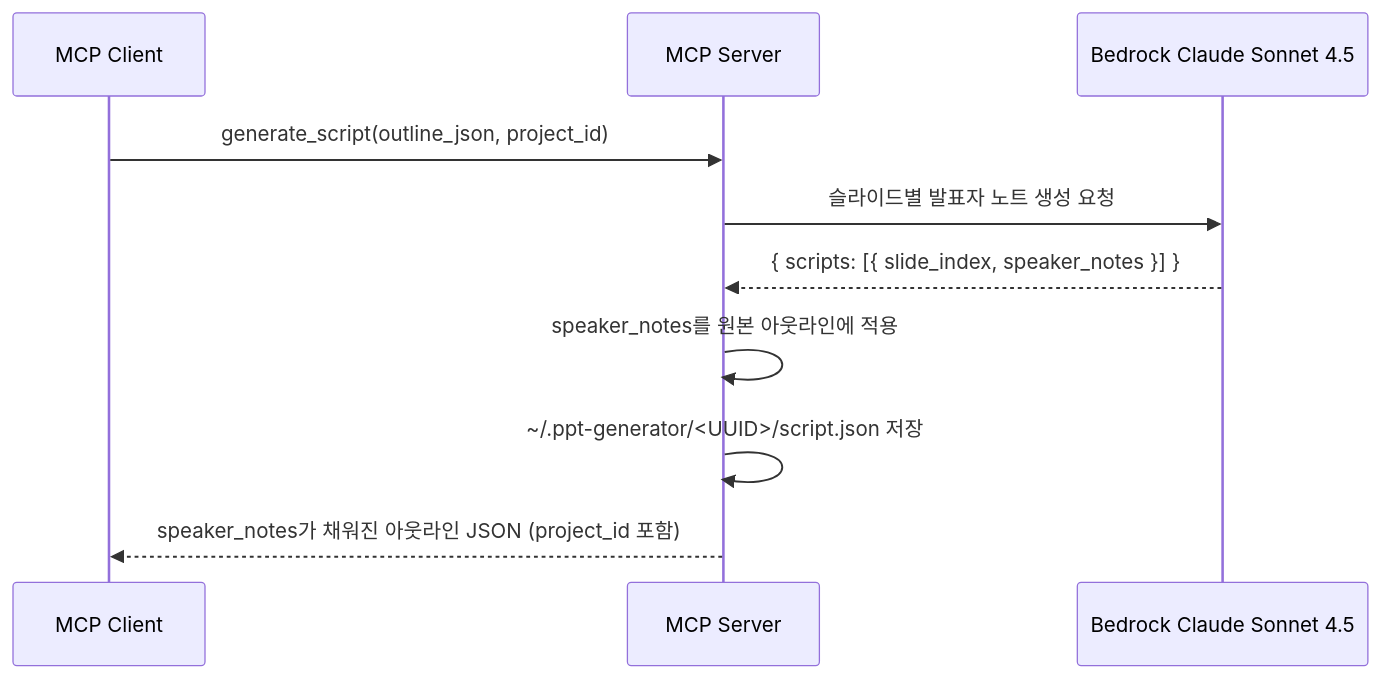
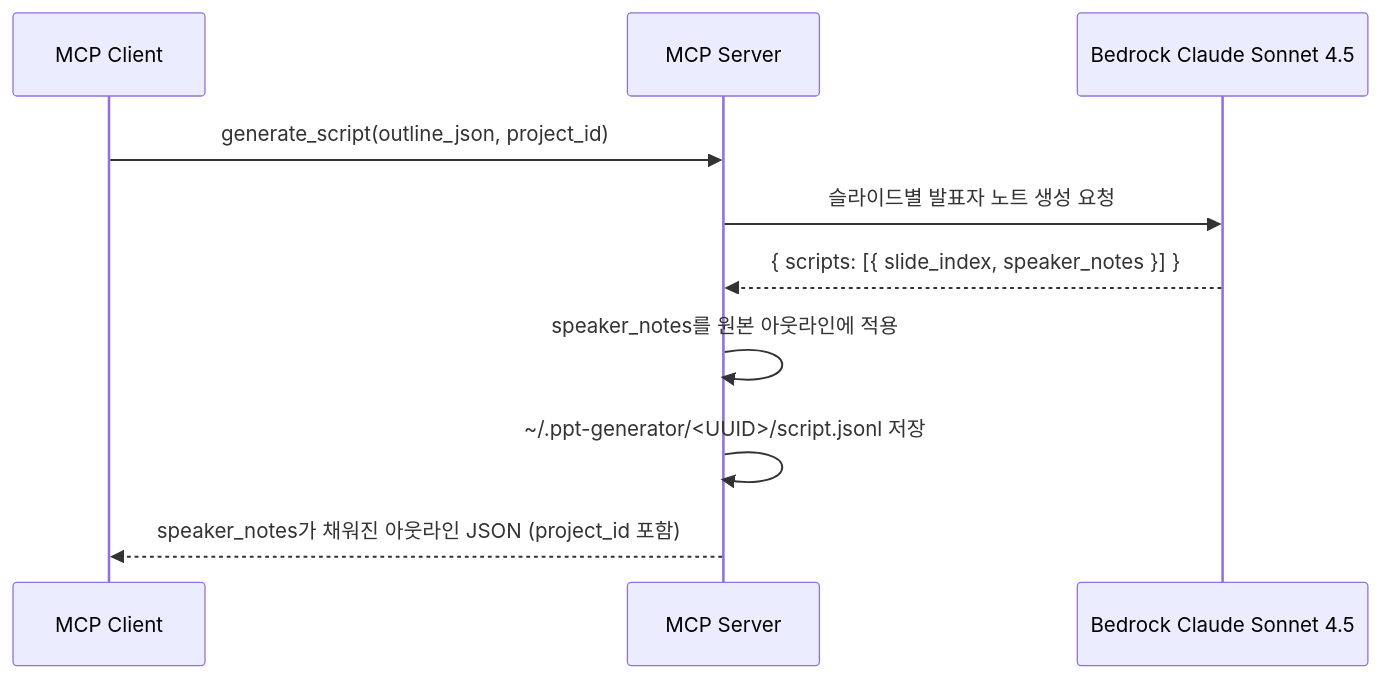
One commit to haandol/ppt-generator changed the diagram in docs/adr/pipeline/0002-script-generation.md. Above: the diagram before and after it, drawn with Mermaid. The commit also changed other lines of this file and 11 other files, not shown here.

````diff
--- a/docs/adr/pipeline/0002-script-generation.md
+++ b/docs/adr/pipeline/0002-script-generation.md
@@ -45,13 +45,13 @@
 ```mermaid
 sequenceDiagram
     participant Client as MCP Client
     participant Server as MCP Server
     participant LLM as Bedrock Claude Sonnet 4.5
 
     Client->>Server: generate_script(outline_json, project_id)
     Server->>LLM: 슬라이드별 발표자 노트 생성 요청
     LLM-->>Server: { scripts: [{ slide_index, speaker_notes }] }
     Server->>Server: speaker_notes를 원본 아웃라인에 적용
-    Server->>Server: ~/.ppt-generator/<UUID>/script.json 저장
+    Server->>Server: ~/.ppt-generator/<UUID>/script.jsonl 저장
     Server-->>Client: speaker_notes가 채워진 아웃라인 JSON (project_id 포함)
 ```
````
